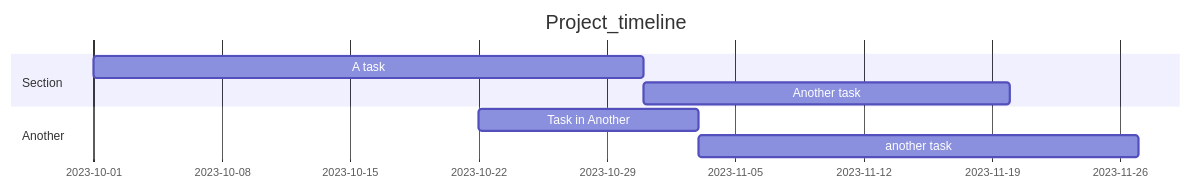
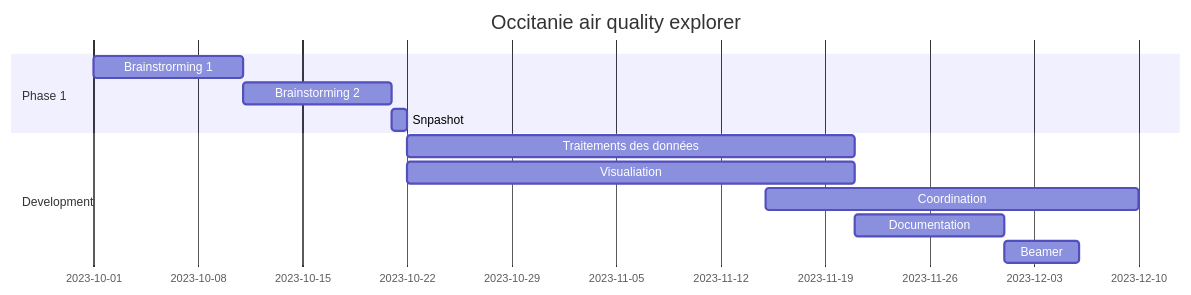
The second of 2 diagrams in README.md (Thiziriinfo/HAX712X_group5_project), drawn with Mermaid before and after one commit. The commit also changed other lines of this file, not shown here.

````diff
--- a/README.md
+++ b/README.md
@@ -20,11 +20,15 @@
 ```mermaid
 gantt
-    title Project_timeline
+    title Occitanie air quality explorer
     dateFormat YYYY-MM-DD
-    section Section
-        A task          :a1, 2023-10-01, 30d
-        Another task    :after a1, 20d
-    section Another
-        Task in Another :2023-10-22, 12d
-        another task    :24d
+    section Phase 1
+        Brainstrorming 1 :a1, 2023-10-01, 10d
+        Brainstorming 2  :after a1, 10d
+        Snpashot : 2023-10-22
+    section Development
+        Traitements des données : a2, 2023-10-22, 30d
+        Visualiation   : 2023-10-22, 30d
+        Coordination : 2023-11-15 , 25d
+        Documentation : a3, after a2 , 10d
+        Beamer : after a3, 5d
 ```
````
